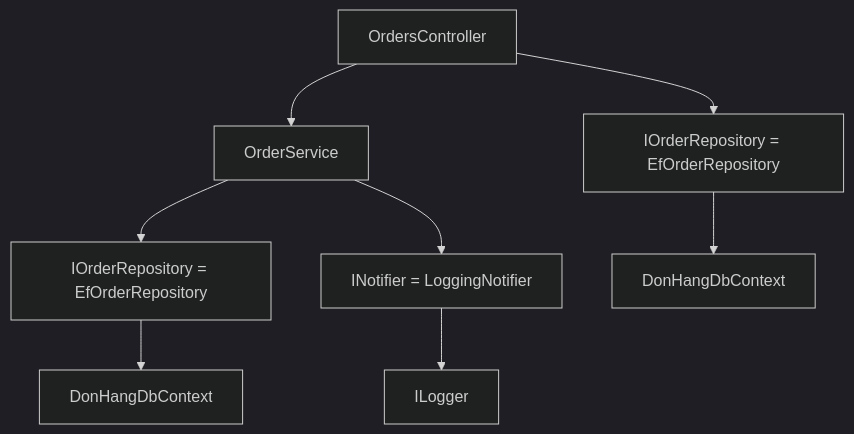
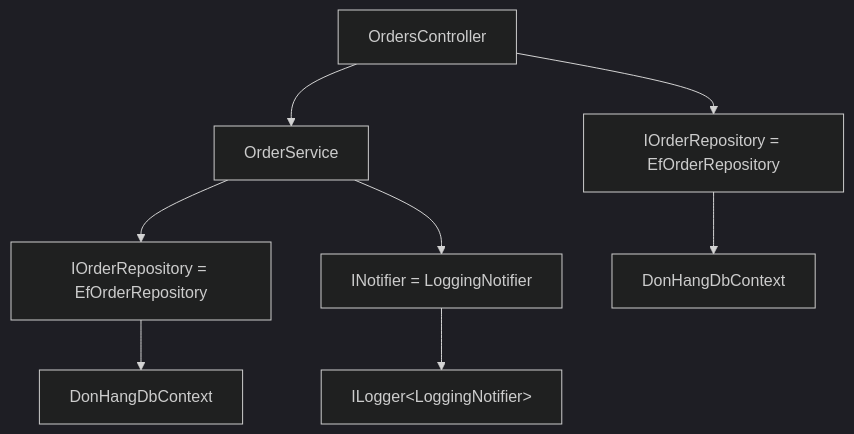
One commit to duyan11110/lo-trinh-architect changed the diagram in content/tracks/design/dependency-injection/design.l1.the-di-container.en.md. Above: the diagram before and after it, drawn with Mermaid (dark theme). The commit also changed other lines of this file and 1 other file, not shown here.

````diff
--- a/content/tracks/design/dependency-injection/design.l1.the-di-container.en.md
+++ b/content/tracks/design/dependency-injection/design.l1.the-di-container.en.md
@@ -38,10 +40,10 @@
 ```mermaid
 flowchart TD
   C[OrdersController] --> S[OrderService]
   C --> R[IOrderRepository = EfOrderRepository]
   S --> R2[IOrderRepository = EfOrderRepository]
   S --> N[INotifier = LoggingNotifier]
   R --> D[DonHangDbContext]
   R2 --> D2[DonHangDbContext]
-  N --> L[ILogger]
+  N --> L["ILogger#lt;LoggingNotifier#gt;"]
 ```
````
